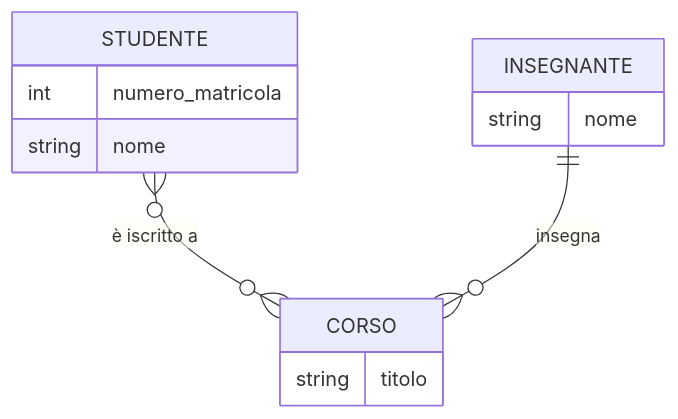
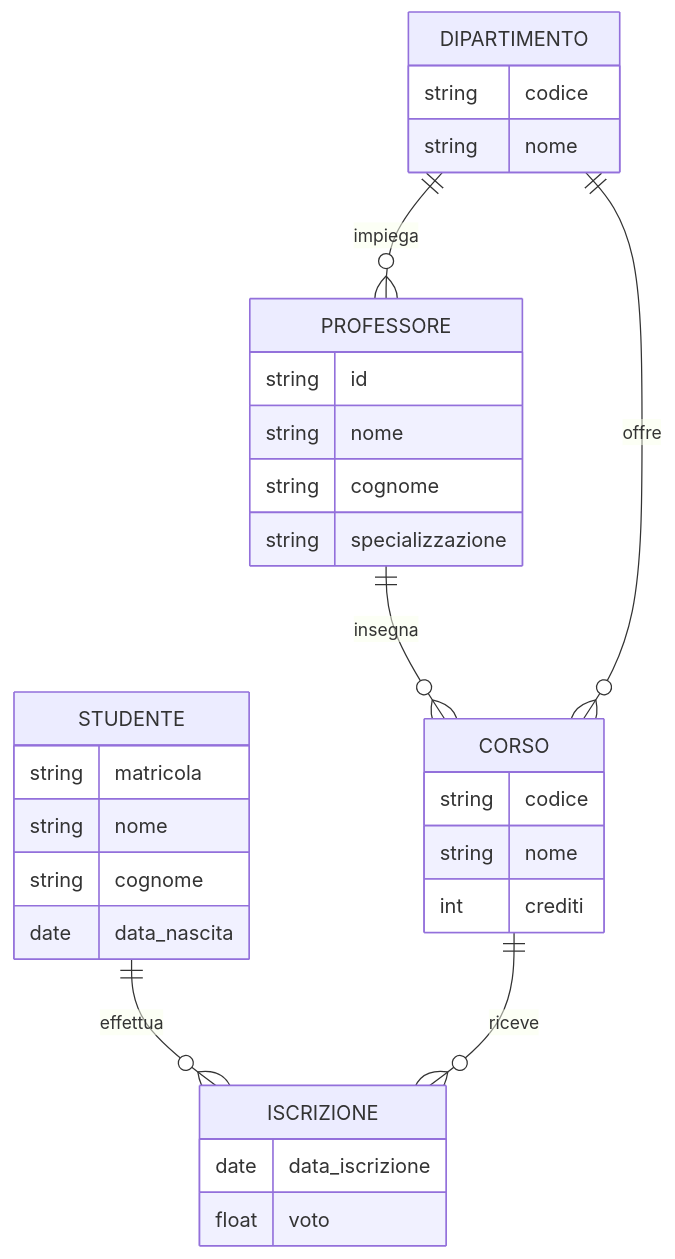
Before and after one commit to angelogalantiscuola/IT: the seventh of 7 diagrams in db/progettazione_del_database/diagrammi_er.md, drawn with Mermaid. The commit also changed other lines of this file and 7 other files, not shown here.

Commit message:
Update association in UML diagram

````diff
--- a/db/progettazione_del_database/diagrammi_er.md
+++ b/db/progettazione_del_database/diagrammi_er.md
@@ -74,15 +102,34 @@
 ```mermaid
 erDiagram
-    STUDENTE }o--o{ CORSO : "è iscritto a"
+    STUDENTE ||--o{ ISCRIZIONE : "effettua"
+    CORSO ||--o{ ISCRIZIONE : "riceve"
+    PROFESSORE ||--o{ CORSO : "insegna"
+    DIPARTIMENTO ||--o{ CORSO : "offre"
+    DIPARTIMENTO ||--o{ PROFESSORE : "impiega"
     STUDENTE {
-        int numero_matricola
+        string matricola
+        string nome
+        string cognome
+        date data_nascita
+    }
+    CORSO {
+        string codice
+        string nome
+        int crediti
+    }
+    PROFESSORE {
+        string id
+        string nome
+        string cognome
+        string specializzazione
+    }
+    DIPARTIMENTO {
+        string codice
         string nome
     }
-    CORSO {
-        string titolo
+    ISCRIZIONE {
+        date data_iscrizione
+        float voto
     }
-    INSEGNANTE ||--o{ CORSO : "insegna"
-    INSEGNANTE {
-        string nome
-    }
+
 ```
````
